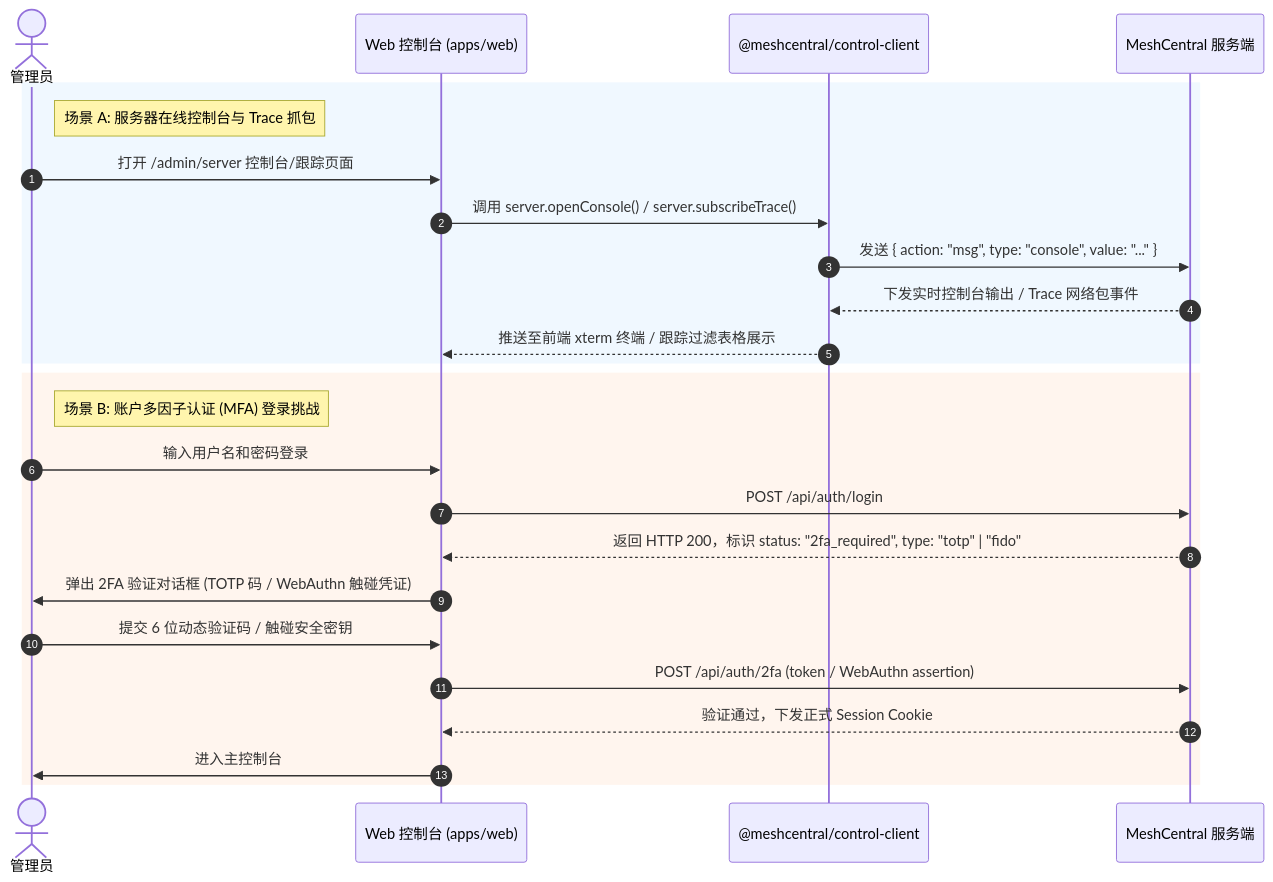
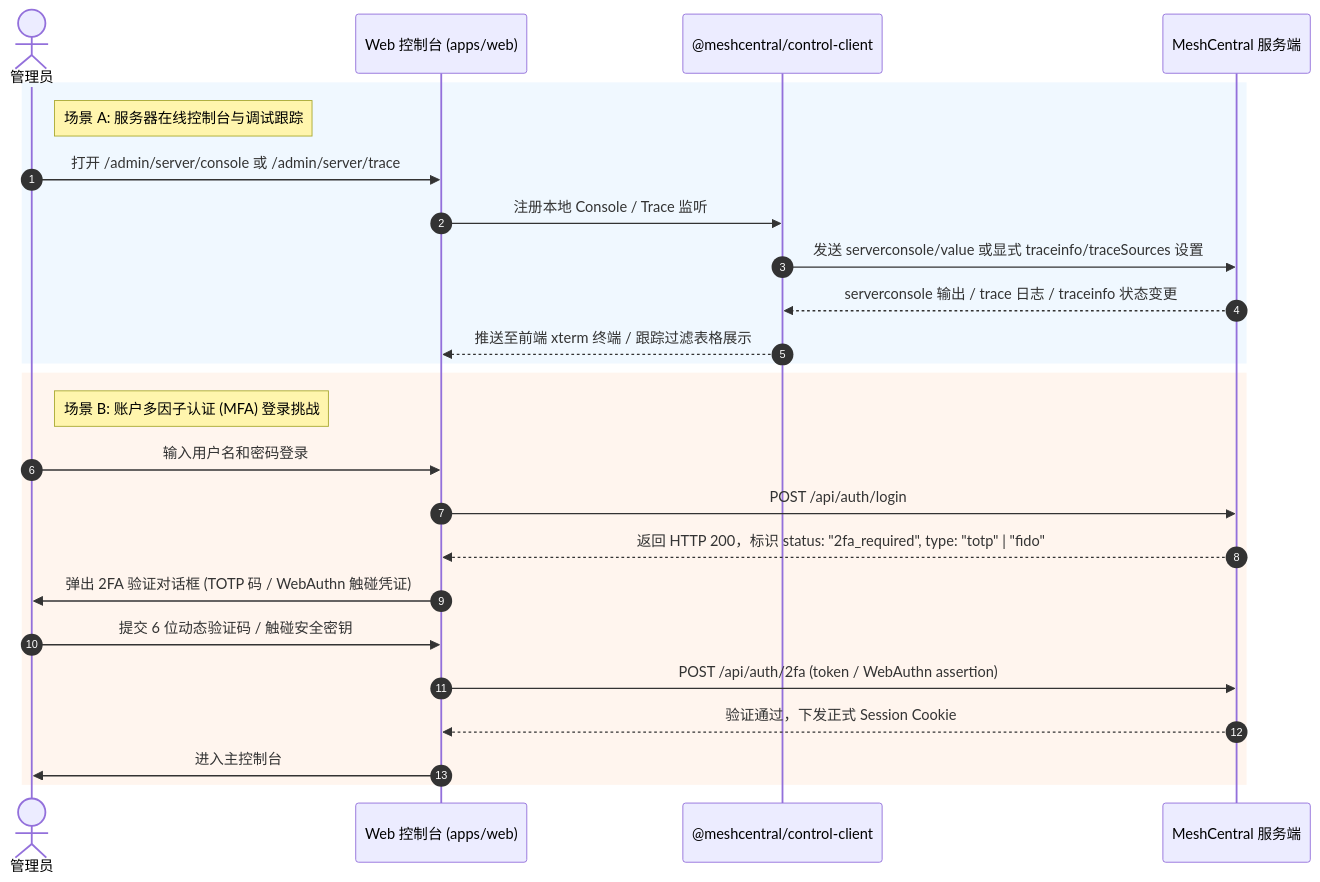
One commit to XiaoLop/nodexa-rmm changed the diagram in docs/plan/01-operations-and-account-security.md. Above: the diagram before and after it, drawn with Mermaid. The commit also changed other lines of this file and 34 other files, not shown here.

Commit message:
feat(server-admin): 添加服务器管理功能，包括控制台、日志和追踪页面 feat(server-admin): 实现服务器错误日志和追踪的钩子 test(server-admin): 为服务器管理组件和钩子添加单元测试 docs(server-admin): 更新服务器管理协议的示例和模式文档

````diff
--- a/docs/plan/01-operations-and-account-security.md
+++ b/docs/plan/01-operations-and-account-security.md
@@ -21,29 +21,29 @@
 ```mermaid
 sequenceDiagram
     autonumber
     actor Admin as 管理员
     participant Web as Web 控制台 (apps/web)
     participant SDK as @meshcentral/control-client
     participant MC as MeshCentral 服务端
 
     rect rgb(240, 248, 255)
-    note right of Admin: 场景 A: 服务器在线控制台与 Trace 抓包
-    Admin->>Web: 打开 /admin/server 控制台/跟踪页面
-    Web->>SDK: 调用 server.openConsole() / server.subscribeTrace()
-    SDK->>MC: 发送 { action: "msg", type: "console", value: "..." }
-    MC-->>SDK: 下发实时控制台输出 / Trace 网络包事件
+    note right of Admin: 场景 A: 服务器在线控制台与调试跟踪
+    Admin->>Web: 打开 /admin/server/console 或 /admin/server/trace
+    Web->>SDK: 注册本地 Console / Trace 监听
+    SDK->>MC: 发送 serverconsole/value 或显式 traceinfo/traceSources 设置
+    MC-->>SDK: serverconsole 输出 / trace 日志 / traceinfo 状态变更
     SDK-->>Web: 推送至前端 xterm 终端 / 跟踪过滤表格展示
     end
 
     rect rgb(255, 245, 238)
     note right of Admin: 场景 B: 账户多因子认证 (MFA) 登录挑战
     Admin->>Web: 输入用户名和密码登录
     Web->>MC: POST /api/auth/login
     MC-->>Web: 返回 HTTP 200，标识 status: "2fa_required", type: "totp" | "fido"
     Web->>Admin: 弹出 2FA 验证对话框 (TOTP 码 / WebAuthn 触碰凭证)
     Admin->>Web: 提交 6 位动态验证码 / 触碰安全密钥
     Web->>MC: POST /api/auth/2fa (token / WebAuthn assertion)
     MC-->>Web: 验证通过，下发正式 Session Cookie
     Web->>Admin: 进入主控制台
     end
 ```
````
